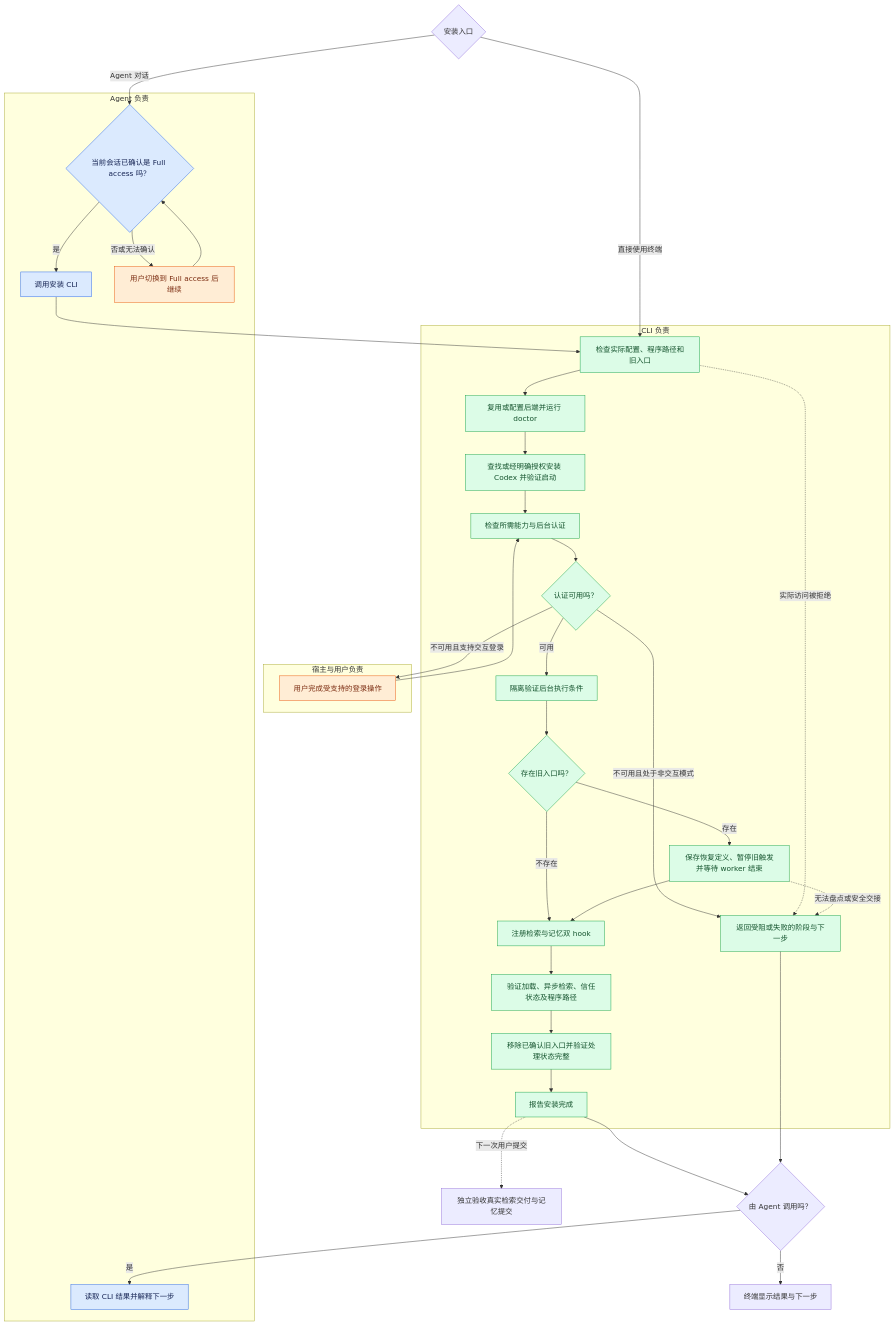
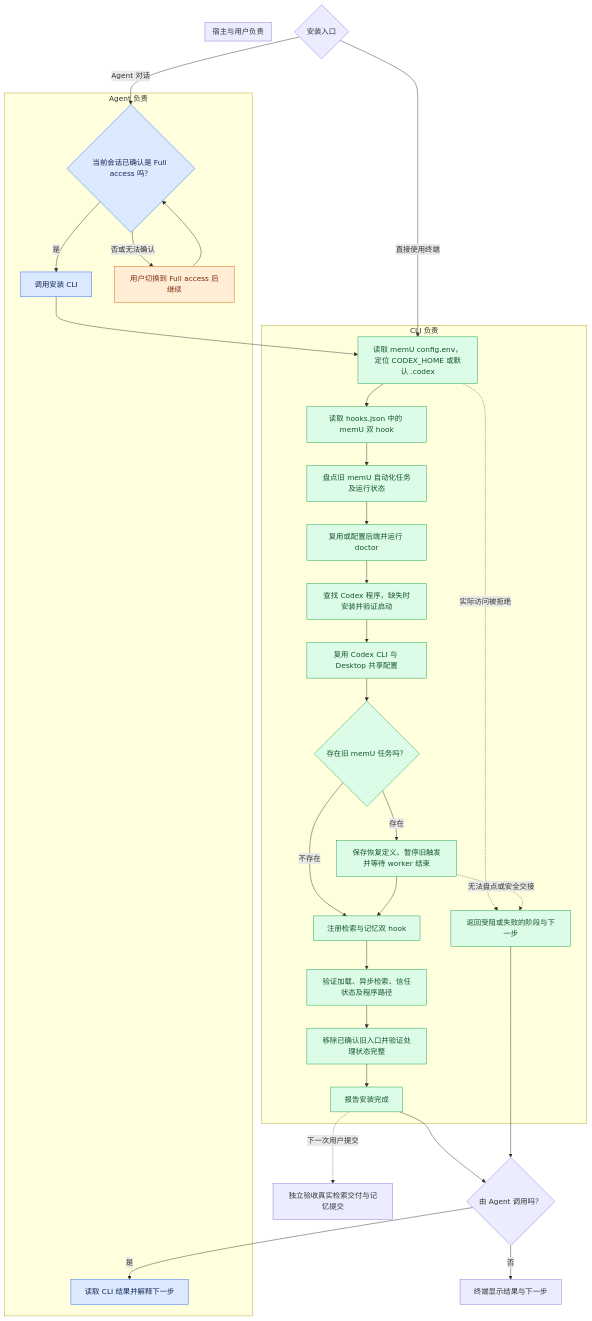
One commit to NevaMind-AI/memU changed the diagram in docs/codex-cli-installation.md. Above: the diagram before and after it, drawn with Mermaid. The commit also changed other lines of this file, not shown here.

Commit message:
docs(codex): clarify shared configuration in installation flow

````diff
--- a/docs/codex-cli-installation.md
+++ b/docs/codex-cli-installation.md
@@ -39,50 +39,46 @@
 ```mermaid
 flowchart TD
     Start{安装入口}
     Start -->|Agent 对话| A1
     Start -->|直接使用终端| C1
     subgraph Agent[Agent 负责]
         A1{当前会话已确认是 Full access 吗？}
         A1 -->|是| A3[调用安装 CLI]
         A1 -->|否或无法确认| U2
         A5[读取 CLI 结果并解释下一步]
     end
     subgraph Host[宿主与用户负责]
         U2[用户切换到 Full access 后继续]
         U2 --> A1
-        Login[用户完成受支持的登录操作]
     end
     subgraph CLI[CLI 负责]
-        C1[检查实际配置、程序路径和旧入口]
-        C1 --> C2[复用或配置后端并运行 doctor]
-        C2 --> C3[查找或经明确授权安装 Codex 并验证启动]
-        C3 --> C4[检查所需能力与后台认证]
-        C4 --> C5{认证可用吗？}
-        C5 -->|不可用且支持交互登录| Login
-        Login --> C4
-        C5 -->|不可用且处于非交互模式| Blocked
-        C5 -->|可用| C6[隔离验证后台执行条件]
-        C6 --> C7{存在旧入口吗？}
+        C1[读取 memU config.env，定位 CODEX_HOME 或默认 .codex]
+        C1 --> InspectHooks[读取 hooks.json 中的 memU 双 hook]
+        InspectHooks --> InspectTasks[盘点旧 memU 自动化任务及运行状态]
+        InspectTasks --> C2[复用或配置后端并运行 doctor]
+        C2 --> C3[查找 Codex 程序，缺失时安装并验证启动]
+        C3 --> SharedConfig[复用 Codex CLI 与 Desktop 共享配置]
+        SharedConfig --> C7{存在旧 memU 任务吗？}
         C7 -->|存在| C8[保存恢复定义、暂停旧触发并等待 worker 结束]
         C7 -->|不存在| C9[注册检索与记忆双 hook]
         C8 --> C9
         C9 --> C10[验证加载、异步检索、信任状态及程序路径]
         C10 --> C11[移除已确认旧入口并验证处理状态完整]
         C11 --> Done[报告安装完成]
         Blocked[返回受阻或失败的阶段与下一步]
     end
     A3 --> C1
     C1 -. 实际访问被拒绝 .-> Blocked
     C8 -. 无法盘点或安全交接 .-> Blocked
     Done --> Route{由 Agent 调用吗？}
     Blocked --> Route
     Route -->|是| A5
     Route -->|否| Terminal[终端显示结果与下一步]
     Done -. 下一次用户提交 .-> Runtime[独立验收真实检索交付与记忆提交]
     classDef agent fill:#dbeafe,stroke:#2563eb,color:#172554;
     classDef cli fill:#dcfce7,stroke:#16a34a,color:#14532d;
     classDef host fill:#ffedd5,stroke:#ea580c,color:#7c2d12;
     class A1,A3,A5 agent;
-    class C1,C2,C3,C4,C5,C6,C7,C8,C9,C10,C11,Done,Blocked cli;
-    class U2,Login host;
+    class C1,InspectHooks,InspectTasks,C2,C3,SharedConfig,C7,C8,C9,C10,C11,Done,Blocked cli;
+    class U2 host;
 ```
````
